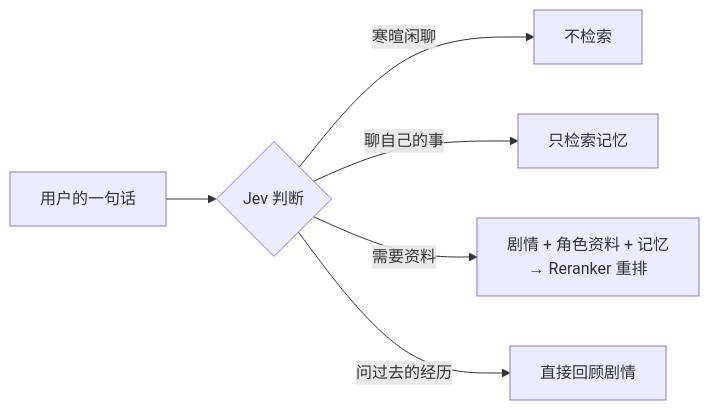
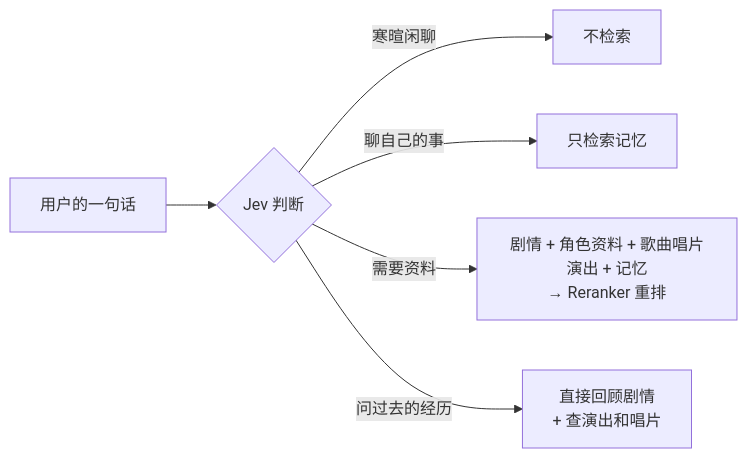
The second of 2 diagrams in README.md (3aKHP/idolum), drawn with Mermaid before and after one commit. The commit also changed other lines of this file and 13 other files, not shown here.

````diff
--- a/README.md
+++ b/README.md
@@ -321,8 +321,8 @@
 ```mermaid
 flowchart LR
     Q["用户的一句话"] --> Jev{"Jev 判断"}
     Jev -- 寒暄闲聊 --> None["不检索"]
     Jev -- 聊自己的事 --> Mem["只检索记忆"]
-    Jev -- 需要资料 --> Ref["剧情 + 角色资料 + 记忆<br/>→ Reranker 重排"]
-    Jev -- 问过去的经历 --> Recall["直接回顾剧情"]
+    Jev -- 需要资料 --> Ref["剧情 + 角色资料 + 歌曲唱片演出 + 记忆<br/>→ Reranker 重排"]
+    Jev -- 问过去的经历 --> Recall["直接回顾剧情<br/>+ 查演出和唱片"]
 ```
````
